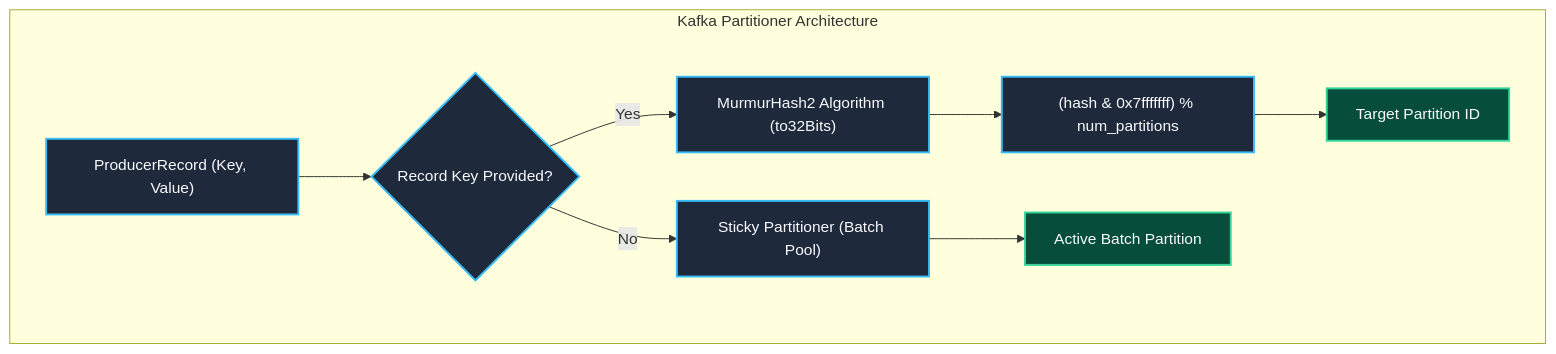
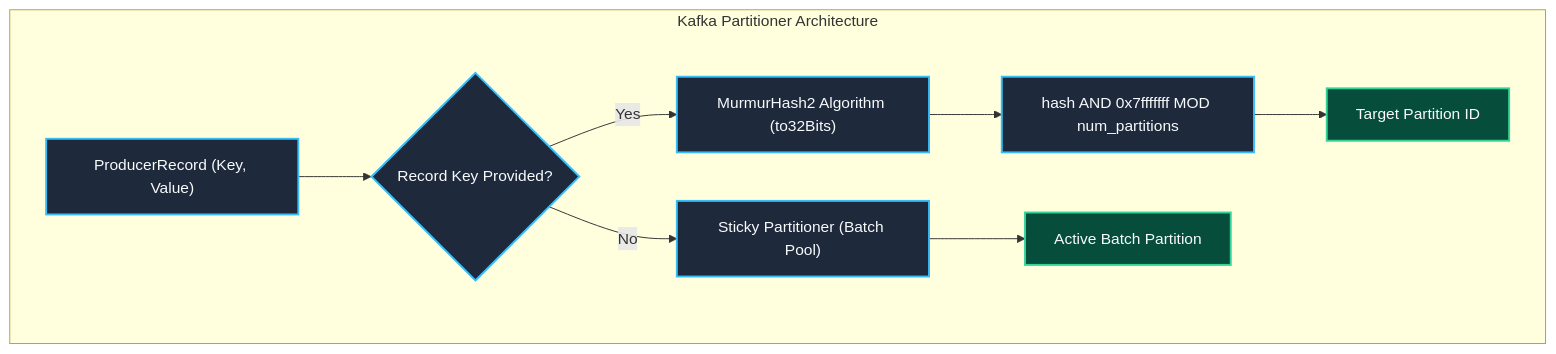
Before and after one commit to Chief-Strategist-J/llm-obs-infra: the ninth of 48 diagrams in docs/configDoc/kafka-configuration-guide.md, drawn with Mermaid. The commit also changed other lines of this file, not shown here.

Commit message:
fix(docs): resolve all Mermaid diagram syntax and layout rendering issues in kafka configuration guide

````diff
--- a/docs/configDoc/kafka-configuration-guide.md
+++ b/docs/configDoc/kafka-configuration-guide.md
@@ -1012,20 +1019,20 @@
 ```mermaid
 graph TD
     subgraph PartitionerEngine ["Kafka Partitioner Architecture"]
         Record["ProducerRecord (Key, Value)"] --> CheckKey{"Record Key Provided?"}
         CheckKey -->|Yes| MurmurHash["MurmurHash2 Algorithm (to32Bits)"]
-        MurmurHash --> ModuloOp["(hash & 0x7fffffff) % num_partitions"]
+        MurmurHash --> ModuloOp["hash AND 0x7fffffff MOD num_partitions"]
         ModuloOp --> TargetPartition["Target Partition ID"]
 
         CheckKey -->|No| StickyPartitioner["Sticky Partitioner (Batch Pool)"]
         StickyPartitioner --> CurrentBatchPartition["Active Batch Partition"]
     end
 
     style Record fill:#1e293b,stroke:#38bdf8,stroke-width:2px,color:#f8fafc
     style CheckKey fill:#1e293b,stroke:#38bdf8,stroke-width:2px,color:#f8fafc
     style MurmurHash fill:#1e293b,stroke:#38bdf8,stroke-width:2px,color:#f8fafc
     style ModuloOp fill:#1e293b,stroke:#38bdf8,stroke-width:2px,color:#f8fafc
     style TargetPartition fill:#064e3b,stroke:#34d399,stroke-width:2px,color:#f8fafc
     style StickyPartitioner fill:#1e293b,stroke:#38bdf8,stroke-width:2px,color:#f8fafc
     style CurrentBatchPartition fill:#064e3b,stroke:#34d399,stroke-width:2px,color:#f8fafc
 ```
````
